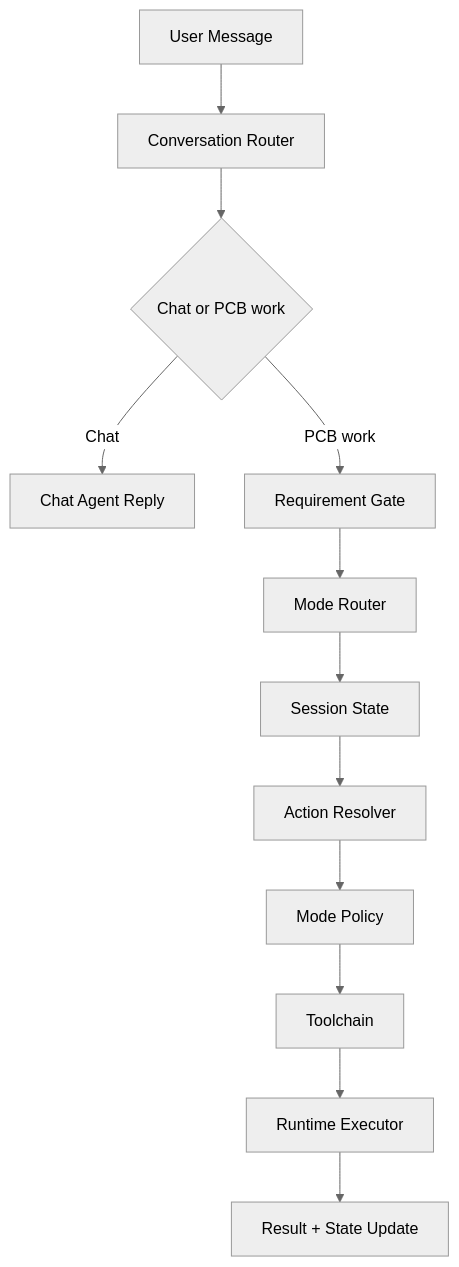
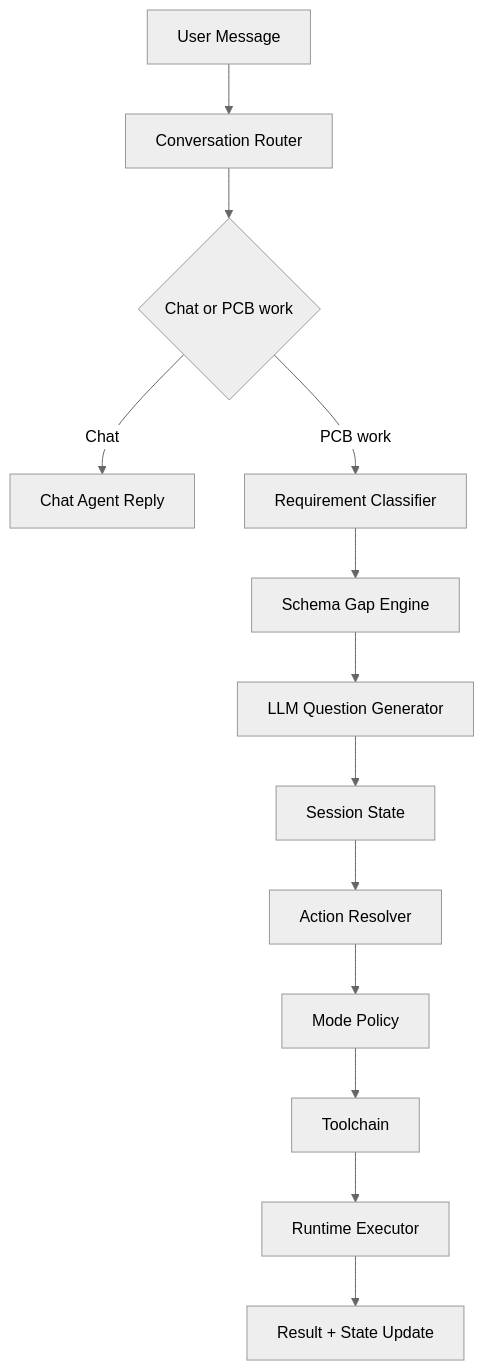
One commit to yuanmk26/OpenPCB changed the diagram in docs/architecture/agent-architecture.md. Above: the diagram before and after it, drawn with Mermaid (neutral theme). The commit also changed other lines of this file and 17 other files, not shown here.

````diff
--- a/docs/architecture/agent-architecture.md
+++ b/docs/architecture/agent-architecture.md
@@ -139,14 +145,15 @@
 ```mermaid
 flowchart TD
     U[User Message] --> R[Conversation Router]
     R --> D{Chat or PCB work}
     D -->|Chat| C[Chat Agent Reply]
-    D -->|PCB work| G[Requirement Gate]
-    G --> M[Mode Router]
-    M --> S[Session State]
+    D -->|PCB work| CL[Requirement Classifier]
+    CL --> SG[Schema Gap Engine]
+    SG --> QG[LLM Question Generator]
+    QG --> S[Session State]
     S --> A[Action Resolver]
     A --> P[Mode Policy]
     P --> T[Toolchain]
     T --> X[Runtime Executor]
     X --> O[Result + State Update]
 ```
````
